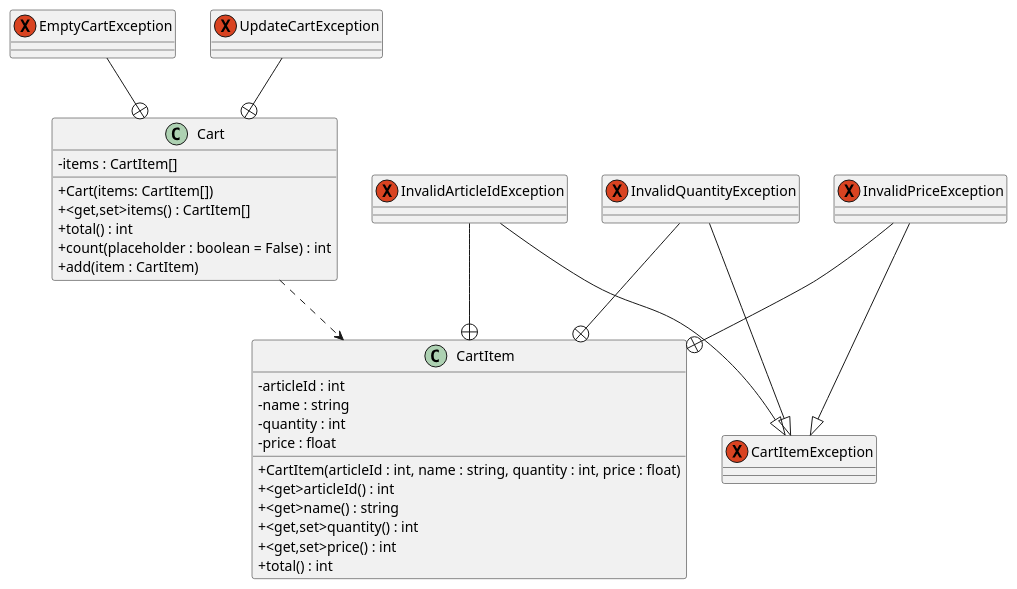
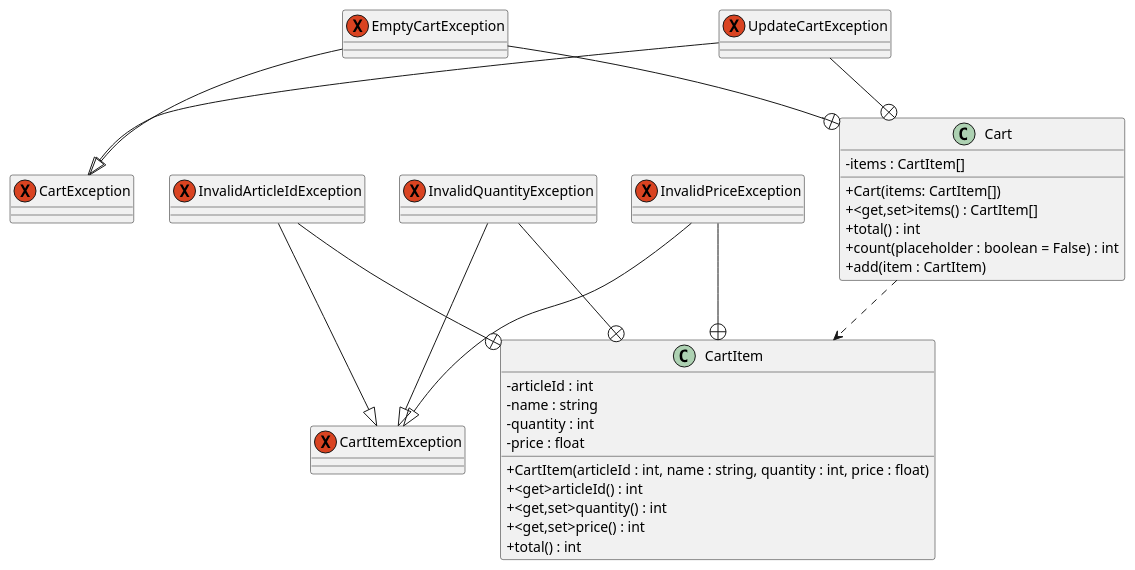
Before and after one commit to Wildigg/Shopping: the diagram in docs/classe_uml.puml, drawn with PlantUML.

Commit message:
docs: Corrected class diagram

```diff
--- a/docs/classe_uml.puml
+++ b/docs/classe_uml.puml
@@ -1,55 +1,59 @@
 @startuml
 skinparam classAttributeIconSize 0
 
 
 class CartItem {
   - articleId : int
   - name : string
   - quantity : int
   - price : float
   + CartItem(articleId : int, name : string, quantity : int, price : float)
   + <get>articleId() : int
-  + <get>name() : string
   + <get,set>quantity() : int
   + <get,set>price() : int
   + total() : int
 }
 
 class Cart {
   - items : CartItem[]
   + Cart(items: CartItem[])
   + <get,set>items() : CartItem[]
   + total() : int
   + count(placeholder : boolean = False) : int
   + add(item : CartItem)
 }
 
 exception CartItemException {
 }
 
 exception InvalidArticleIdException {
 }
 
 exception InvalidQuantityException {
 }
 
 exception InvalidPriceException {
 }
 
+exception CartException {
+}
+
 exception EmptyCartException {
 }
 
 exception UpdateCartException {
 }
 
 
 Cart ..> CartItem
 InvalidArticleIdException --|> CartItemException
 InvalidQuantityException --|> CartItemException
 InvalidPriceException --|> CartItemException
 InvalidArticleIdException --+ CartItem
 InvalidQuantityException --+ CartItem
 InvalidPriceException --+ CartItem
+EmptyCartException --|> CartException
+UpdateCartException --|> CartException
 EmptyCartException --+ Cart
 UpdateCartException --+ Cart
 @enduml
```
